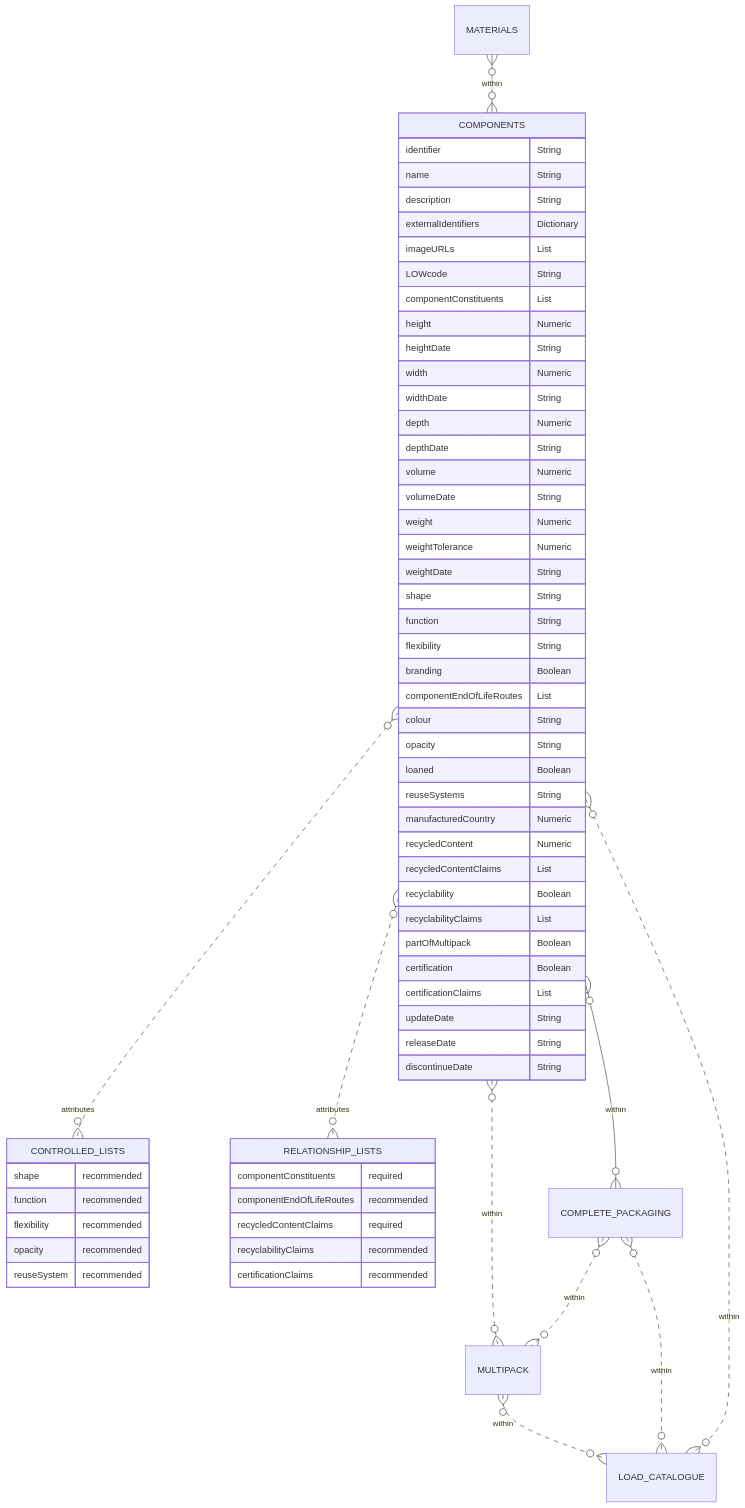
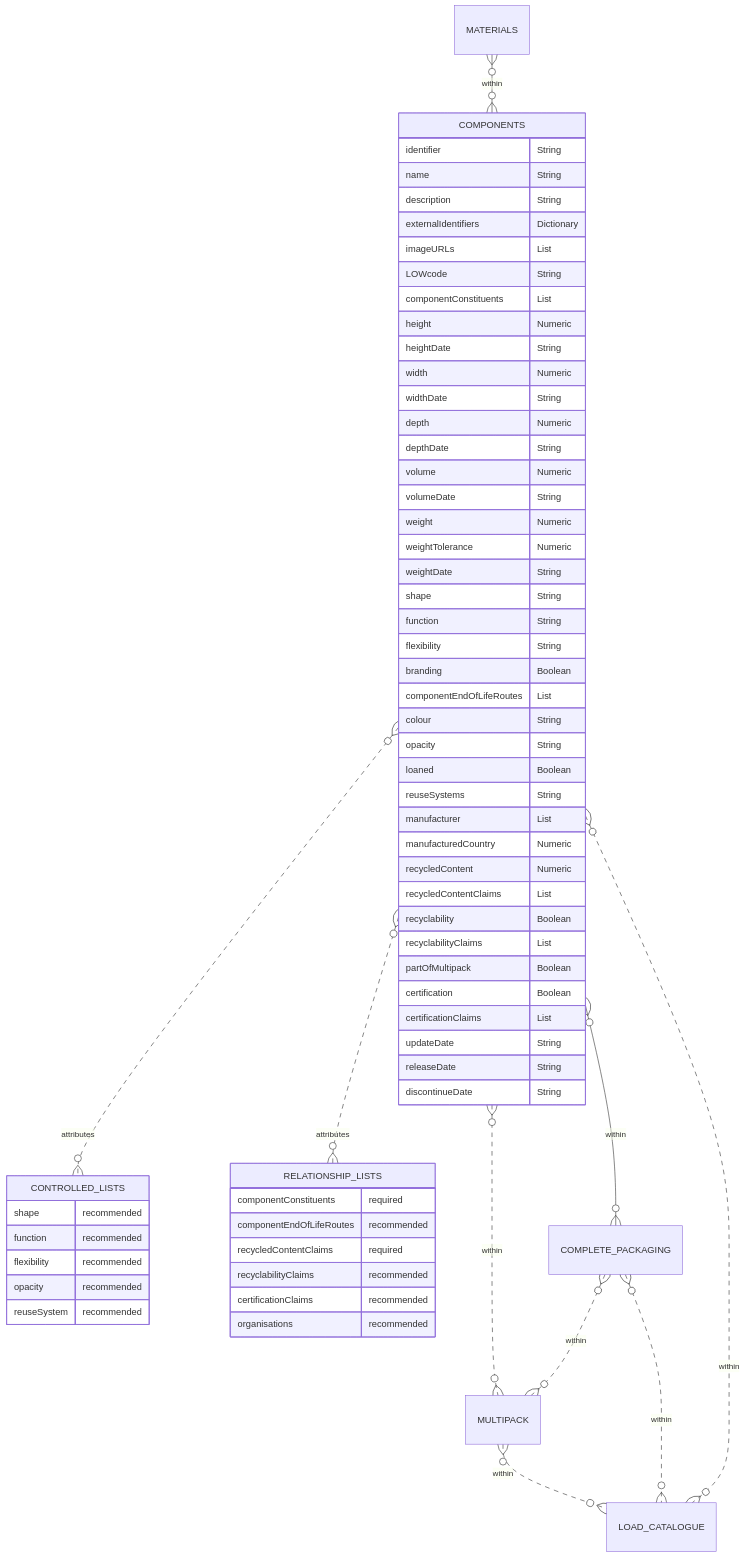
Before and after one commit to OpenDataManchester/Open3P: the diagram in docs/3_Data_Specification/3_3_Components.md, drawn with Mermaid. The commit also changed other lines of this file, not shown here.

Commit message:
Added organisation to components

````diff
--- a/docs/3_Data_Specification/3_3_Components.md
+++ b/docs/3_Data_Specification/3_3_Components.md
@@ -55,66 +56,68 @@
 ``` mermaid
 erDiagram
 MATERIALS }o--o{ COMPONENTS : within
   COMPONENTS {
     identifier String
     name String
     description String
     externalIdentifiers Dictionary
     imageURLs List
     LOWcode String
     componentConstituents List
     height Numeric
     heightDate String
     width Numeric
     widthDate String
     depth Numeric
     depthDate String
     volume Numeric
     volumeDate String
     weight Numeric
     weightTolerance Numeric
     weightDate String
     shape String
     function String
     flexibility String
     branding Boolean
     componentEndOfLifeRoutes List
     colour String
     opacity String
     loaned Boolean
     reuseSystems String
+    manufacturer List
     manufacturedCountry Numeric
     recycledContent Numeric
     recycledContentClaims List
     recyclability Boolean
     recyclabilityClaims List
     partOfMultipack Boolean
     certification Boolean
     certificationClaims List
     updateDate String
     releaseDate String
     discontinueDate String
   }
   COMPONENTS }o..o{ CONTROLLED_LISTS : attributes
   COMPONENTS }o..o{ RELATIONSHIP_LISTS : attributes
   COMPONENTS }o--o{ COMPLETE_PACKAGING : within
   COMPONENTS }o..o{ MULTIPACK : within
   MULTIPACK }o..o{ LOAD_CATALOGUE : within
   COMPLETE_PACKAGING }o..o{ MULTIPACK : within
   COMPLETE_PACKAGING }o..o{ LOAD_CATALOGUE : within
   COMPONENTS }o..o{ LOAD_CATALOGUE : within
     CONTROLLED_LISTS {
     shape recommended
     function recommended
     flexibility recommended
     opacity recommended
     reuseSystem recommended
   }
   RELATIONSHIP_LISTS {
     componentConstituents required
     componentEndOfLifeRoutes recommended
     recycledContentClaims required
     recyclabilityClaims recommended
     certificationClaims recommended
+    organisations recommended
   }
 ```
````
